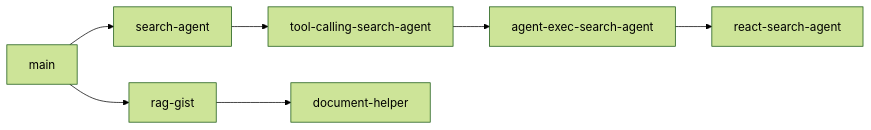
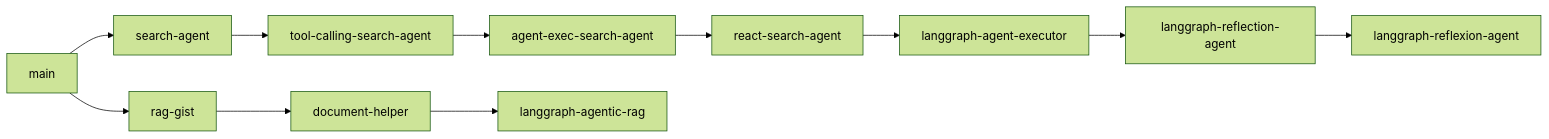
One commit to AgusMattiussi/langchain-agents-course changed the diagram in README.md. Above: the diagram before and after it, drawn with Mermaid (forest theme). The commit also changed other lines of this file, not shown here.

````diff
--- a/README.md
+++ b/README.md
@@ -23,9 +27,13 @@
 ```mermaid
 graph LR
     A[main] --> B[search-agent]
     B --> C[tool-calling-search-agent]
     C --> D[agent-exec-search-agent]
     D --> E[react-search-agent]
     A --> F[rag-gist]
     F --> G[document-helper]
+    E --> H[langgraph-agent-executor]
+    H --> I[langgraph-reflection-agent]
+    I --> J[langgraph-reflexion-agent]
+    G --> K[langgraph-agentic-rag]
 ```
````
